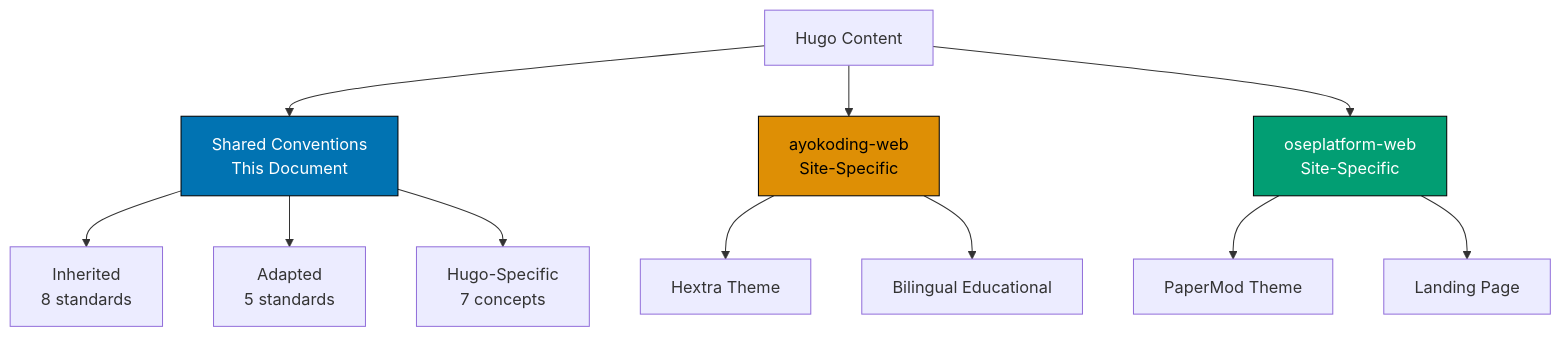
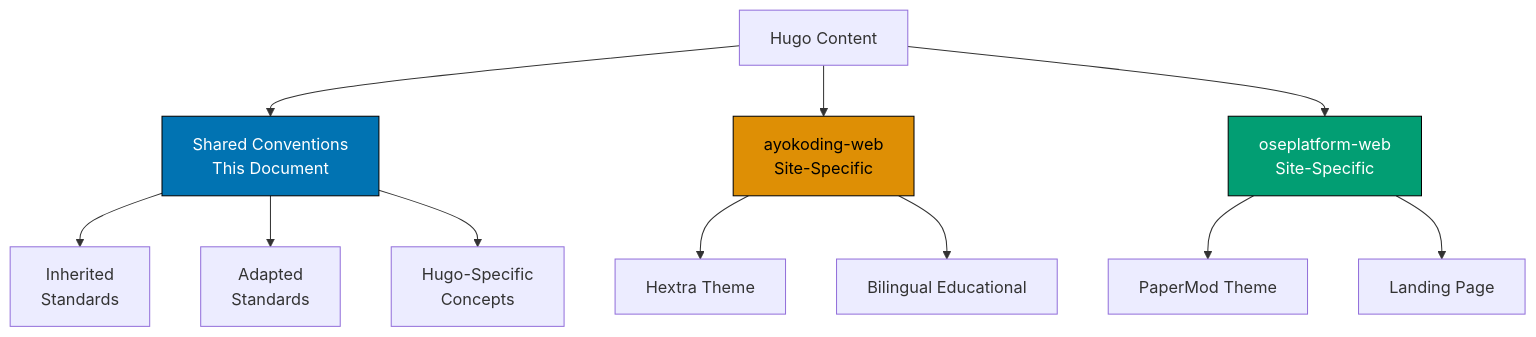
The diagram in governance/conventions/hugo/shared.md (wahidyankf/open-sharia-enterprise), drawn with Mermaid before and after one commit. The commit also changed other lines of this file and 22 other files, not shown here.

````diff
--- a/governance/conventions/hugo/shared.md
+++ b/governance/conventions/hugo/shared.md
@@ -68,22 +68,22 @@
 ```mermaid
 %% Color Palette: Blue #0173B2, Orange #DE8F05, Teal #029E73, Purple #CC78BC, Brown #CA9161
 %% All colors are color-blind friendly and meet WCAG AA contrast standards
 graph TD
     A[Hugo Content] --> B[Shared Conventions<br/>This Document]
     A --> C[ayokoding-web<br/>Site-Specific]
     A --> D[oseplatform-web<br/>Site-Specific]
 
-    B --> B1[Inherited<br/>8 standards]
-    B --> B2[Adapted<br/>5 standards]
-    B --> B3[Hugo-Specific<br/>7 concepts]
+    B --> B1[Inherited<br/>Standards]
+    B --> B2[Adapted<br/>Standards]
+    B --> B3[Hugo-Specific<br/>Concepts]
 
     C --> C1[Hextra Theme]
     C --> C2[Bilingual Educational]
 
     D --> D1[PaperMod Theme]
     D --> D2[Landing Page]
 
     style B fill:#0173B2,stroke:#000,color:#fff
     style C fill:#DE8F05,stroke:#000,color:#000
     style D fill:#029E73,stroke:#000,color:#fff
 ```
````
